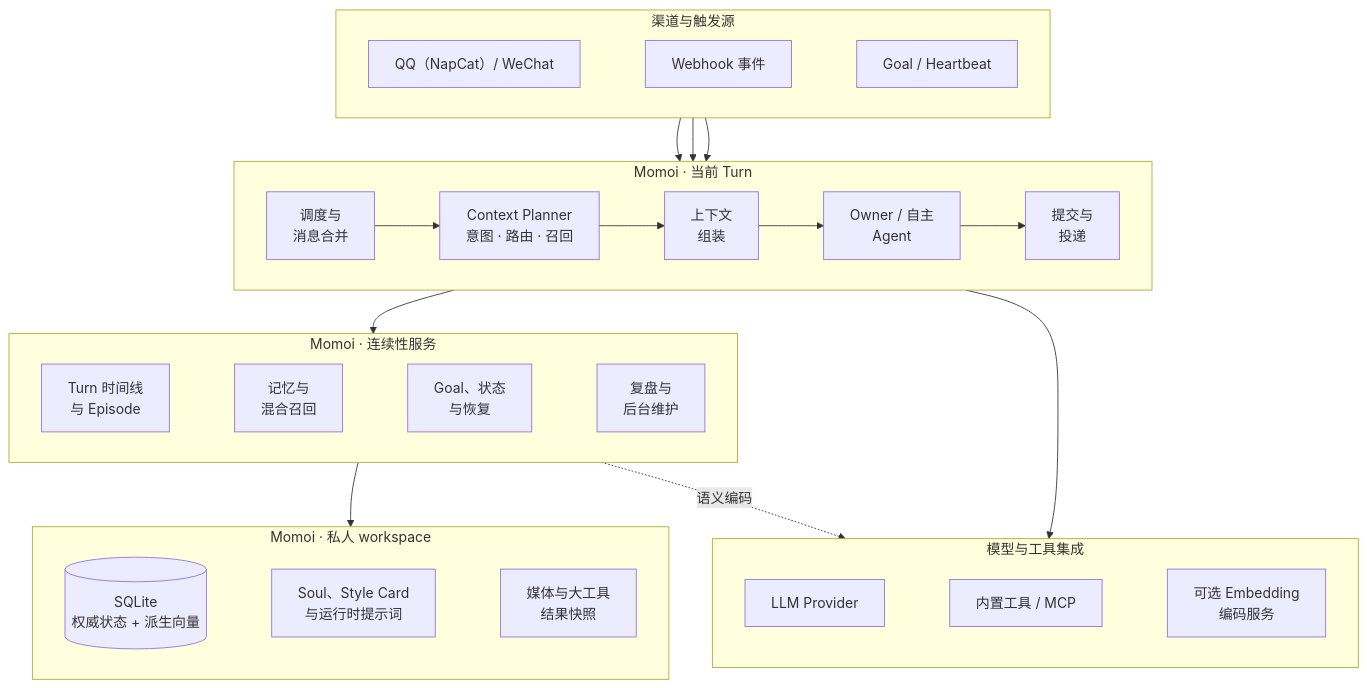
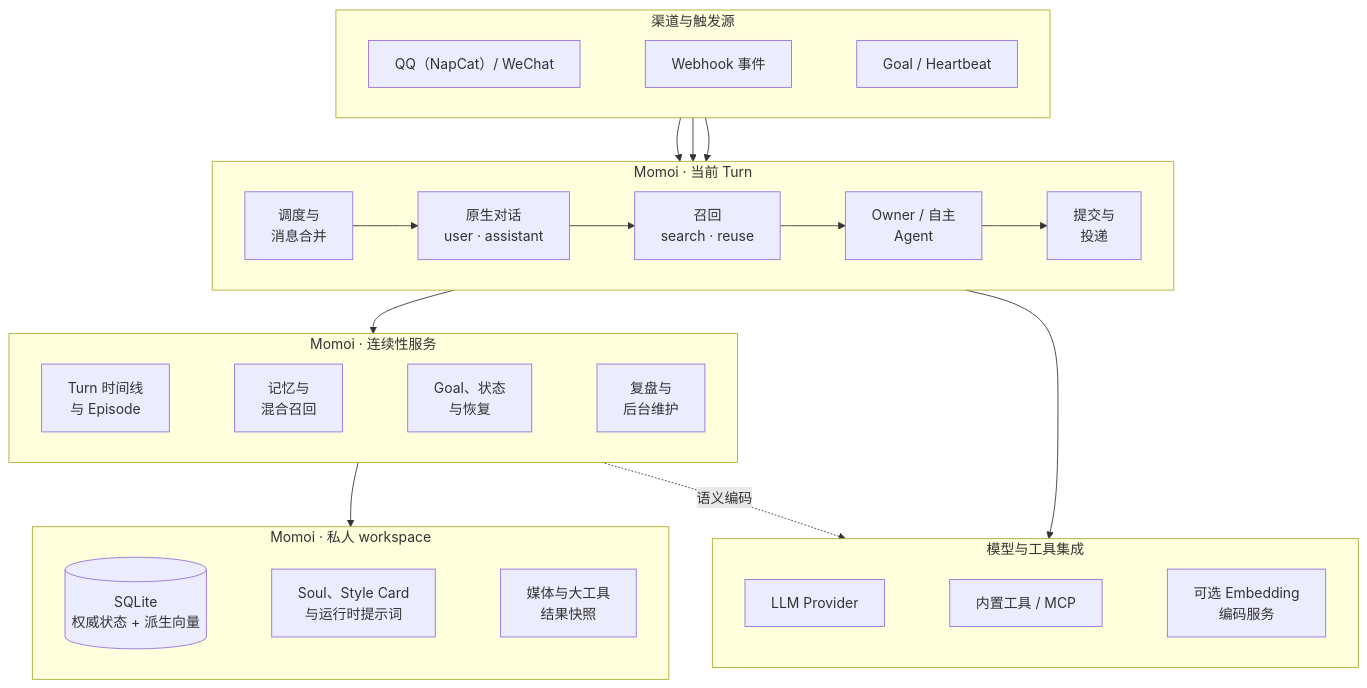
One commit to RicterZ/Momoi changed the first of 2 diagrams in README.zh-CN.md. Above: the diagram before and after it, drawn with Mermaid. The commit also changed other lines of this file and 4 other files, not shown here.

````diff
--- a/README.zh-CN.md
+++ b/README.zh-CN.md
@@ -37,53 +38,53 @@
 ```mermaid
 flowchart TB
   subgraph triggers["渠道与触发源"]
     direction LR
     chat["QQ（NapCat）/ WeChat"]
     webhook["Webhook 事件"]
     clock["Goal / Heartbeat"]
     chat ~~~ webhook ~~~ clock
   end
 
   subgraph active["Momoi · 当前 Turn"]
     direction LR
     intake["调度与<br/>消息合并"]
-    planner["Context Planner<br/>意图 · 路由 · 召回"]
-    context["上下文<br/>组装"]
+    transcript["原生对话<br/>user · assistant"]
+    context["召回<br/>search · reuse"]
     agent["Owner / 自主<br/>Agent"]
     delivery["提交与<br/>投递"]
-    intake --> planner --> context --> agent --> delivery
+    intake --> transcript --> context --> agent --> delivery
   end
 
   subgraph continuity["Momoi · 连续性服务"]
     direction LR
     timeline["Turn 时间线<br/>与 Episode"]
     memory["记忆与<br/>混合召回"]
     time["Goal、状态<br/>与恢复"]
     upkeep["复盘与<br/>后台维护"]
     timeline ~~~ memory ~~~ time ~~~ upkeep
   end
 
   subgraph workspace["Momoi · 私人 workspace"]
     direction LR
     sqlite[("SQLite<br/>权威状态 + 派生向量")]
     prompts["Soul、Style Card<br/>与运行时提示词"]
     files["媒体与大工具<br/>结果快照"]
     sqlite ~~~ prompts ~~~ files
   end
 
   subgraph external["模型与工具集成"]
     direction LR
     llm["LLM Provider"]
     tools["内置工具 / MCP"]
     embedding["可选 Embedding<br/>编码服务"]
     llm ~~~ tools ~~~ embedding
   end
 
   chat --> intake
   webhook --> intake
   clock --> intake
   active --> continuity
   continuity --> workspace
   active --> external
   continuity -. "语义编码" .-> external
 ```
````
